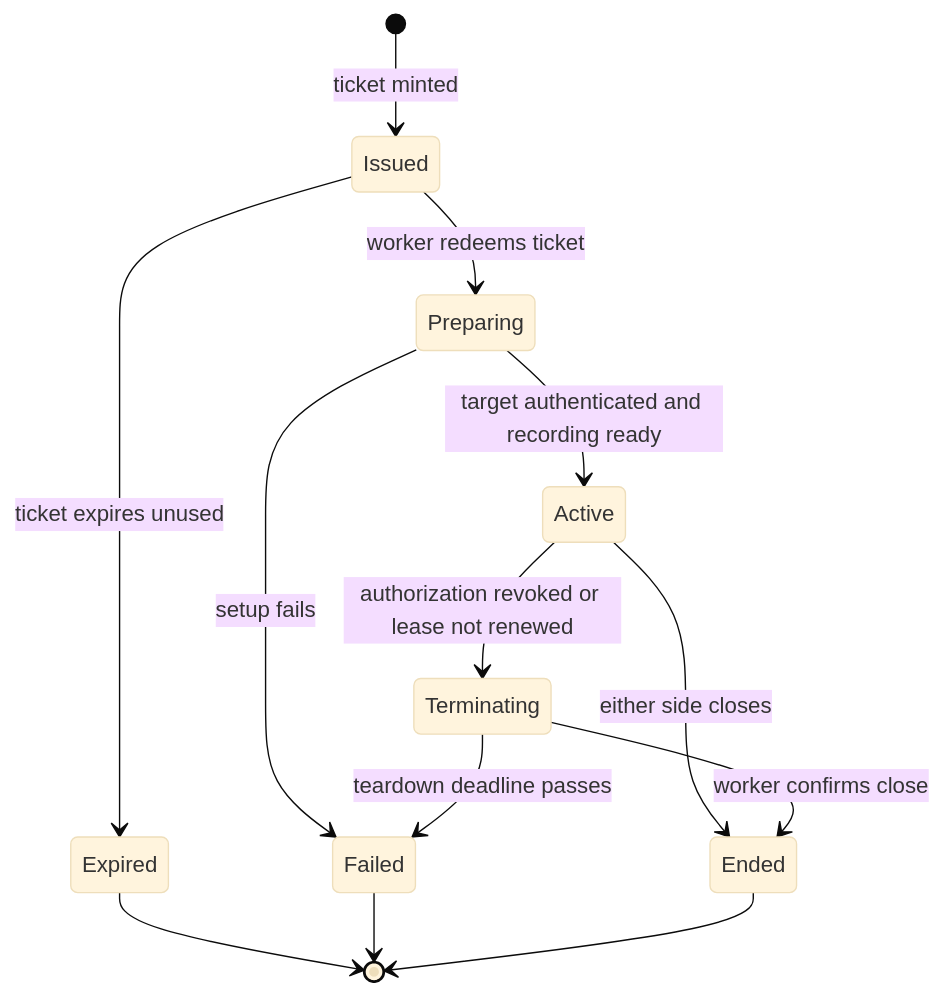
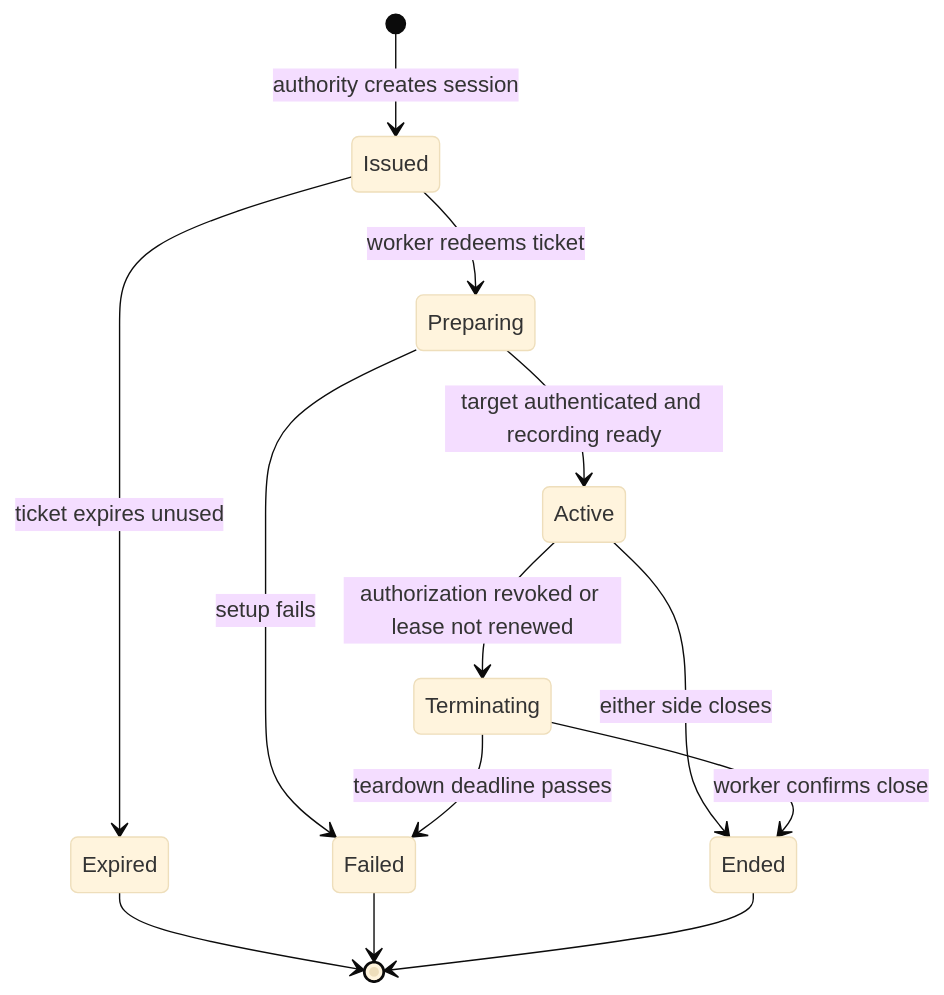
One commit to tidegate-dev/enhancements changed the second of 4 diagrams in teps/0005-gateway-sessions/README.md. Above: the diagram before and after it, drawn with Mermaid (base theme). The commit also changed other lines of this file, not shown here.

Commit message:
docs: simplify gateway session trust model

````diff
--- a/teps/0005-gateway-sessions/README.md
+++ b/teps/0005-gateway-sessions/README.md
@@ -149,15 +164,15 @@
 ```mermaid
 stateDiagram-v2
-    [*] --> Issued: ticket minted
+    [*] --> Issued: authority creates session
     Issued --> Preparing: worker redeems ticket
     Issued --> Expired: ticket expires unused
     Preparing --> Active: target authenticated and recording ready
     Preparing --> Failed: setup fails
     Active --> Terminating: authorization revoked or lease not renewed
     Active --> Ended: either side closes
     Terminating --> Ended: worker confirms close
     Terminating --> Failed: teardown deadline passes
     Expired --> [*]
     Failed --> [*]
     Ended --> [*]
 ```
````
